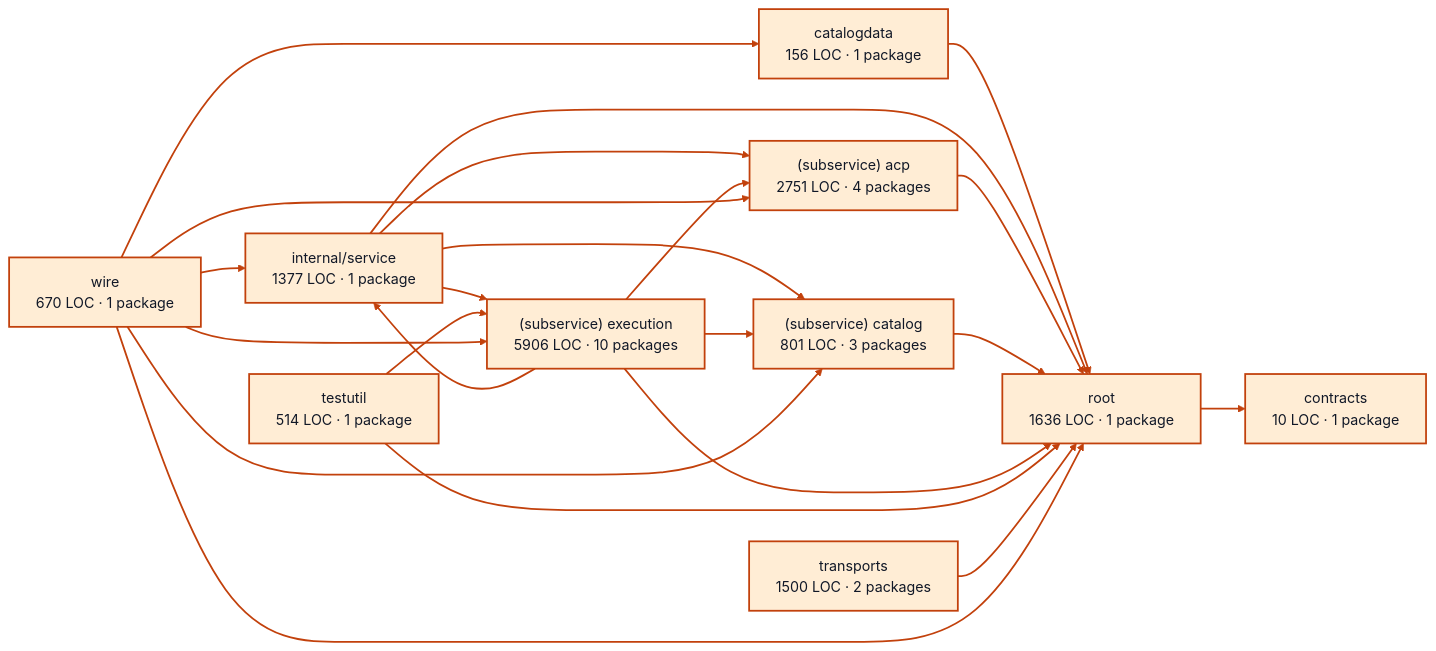
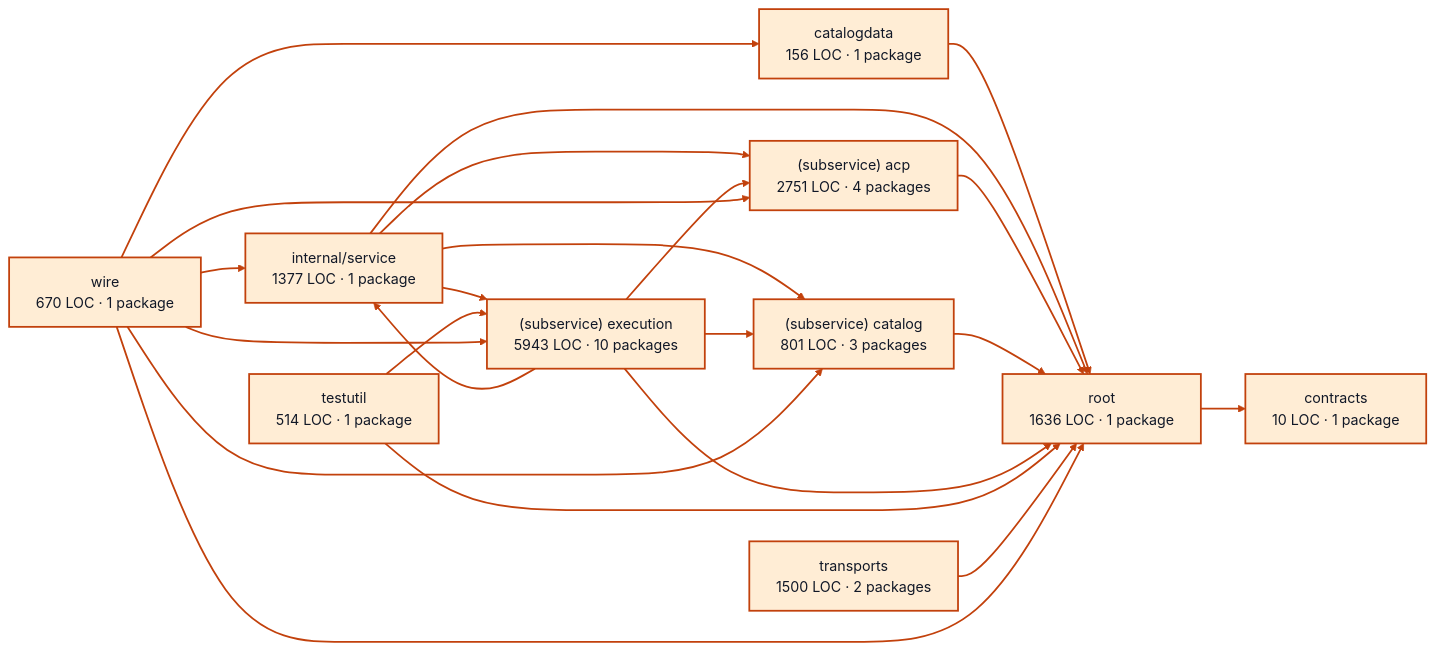
Before and after one commit to portpowered/you-agent-factory: the diagram in docs/architecture/visualizations/services/providers.md, drawn with Mermaid. The commit also changed other lines of this file and 20 other files, not shown here.

Commit message:
docs: refresh backend architecture visualizations

````diff
--- a/docs/architecture/visualizations/services/providers.md
+++ b/docs/architecture/visualizations/services/providers.md
@@ -11,45 +11,45 @@
 ```mermaid
 flowchart LR
   p0["catalogdata<br/>156 LOC · 1 package"]
   p1["contracts<br/>10 LOC · 1 package"]
   p2["internal/service<br/>1377 LOC · 1 package"]
   p3["(subservice) acp<br/>2751 LOC · 4 packages"]
   p4["(subservice) catalog<br/>801 LOC · 3 packages"]
-  p5["(subservice) execution<br/>5906 LOC · 10 packages"]
+  p5["(subservice) execution<br/>5943 LOC · 10 packages"]
   p6["testutil<br/>514 LOC · 1 package"]
   p7["root<br/>1636 LOC · 1 package"]
   p8["transports<br/>1500 LOC · 2 packages"]
   p9["wire<br/>670 LOC · 1 package"]
   p0 --> p7
   p2 --> p3
   p2 --> p4
   p2 --> p5
   p2 --> p7
   p3 --> p7
   p4 --> p7
   p5 --> p2
   p5 --> p3
   p5 --> p4
   p5 --> p7
   p6 --> p5
   p6 --> p7
   p7 --> p1
   p8 --> p7
   p9 --> p0
   p9 --> p2
   p9 --> p3
   p9 --> p4
   p9 --> p5
   p9 --> p7
   style p0 fill:#ffedd5,stroke:#c2410c,stroke-width:2px,color:#111827
   style p1 fill:#ffedd5,stroke:#c2410c,stroke-width:2px,color:#111827
   style p2 fill:#ffedd5,stroke:#c2410c,stroke-width:2px,color:#111827
   style p3 fill:#ffedd5,stroke:#c2410c,stroke-width:2px,color:#111827
   style p4 fill:#ffedd5,stroke:#c2410c,stroke-width:2px,color:#111827
   style p5 fill:#ffedd5,stroke:#c2410c,stroke-width:2px,color:#111827
   style p6 fill:#ffedd5,stroke:#c2410c,stroke-width:2px,color:#111827
   style p7 fill:#ffedd5,stroke:#c2410c,stroke-width:2px,color:#111827
   style p8 fill:#ffedd5,stroke:#c2410c,stroke-width:2px,color:#111827
   style p9 fill:#ffedd5,stroke:#c2410c,stroke-width:2px,color:#111827
   linkStyle default stroke:#c2410c,stroke-width:2px
 ```
````
